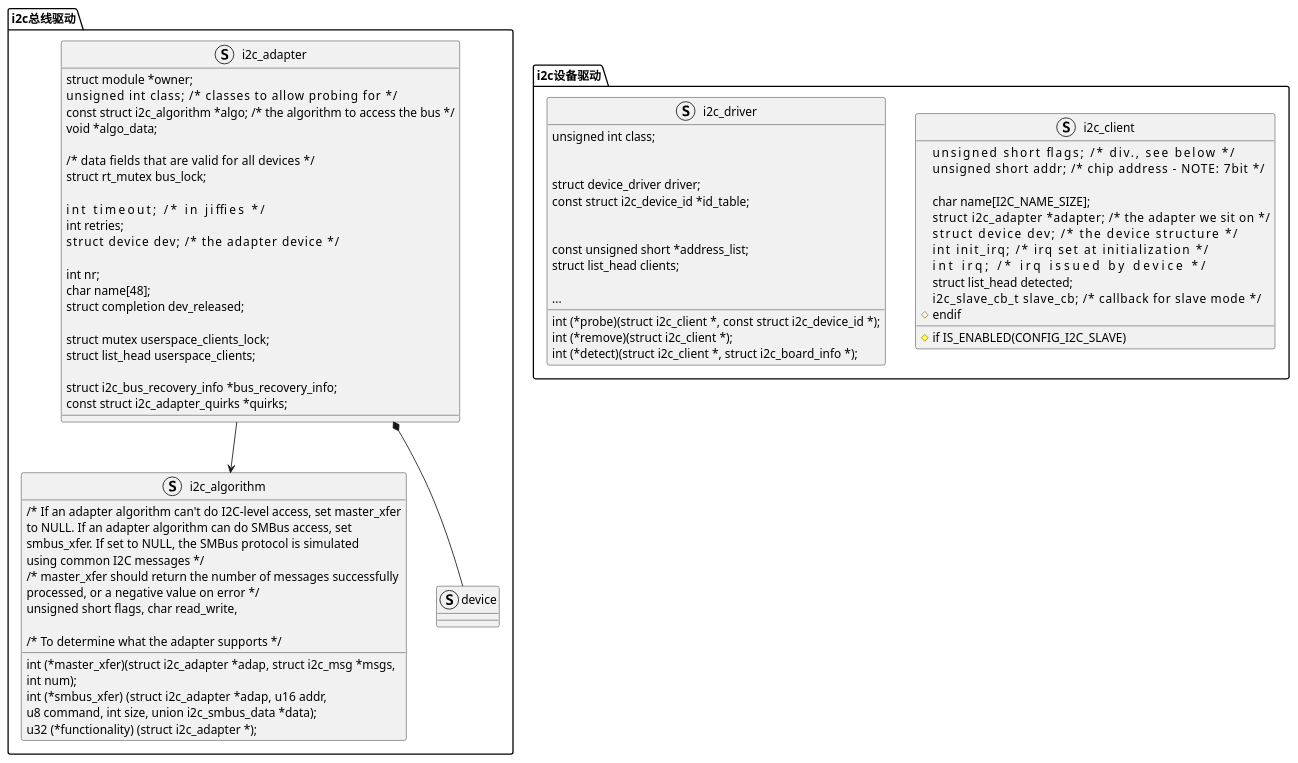
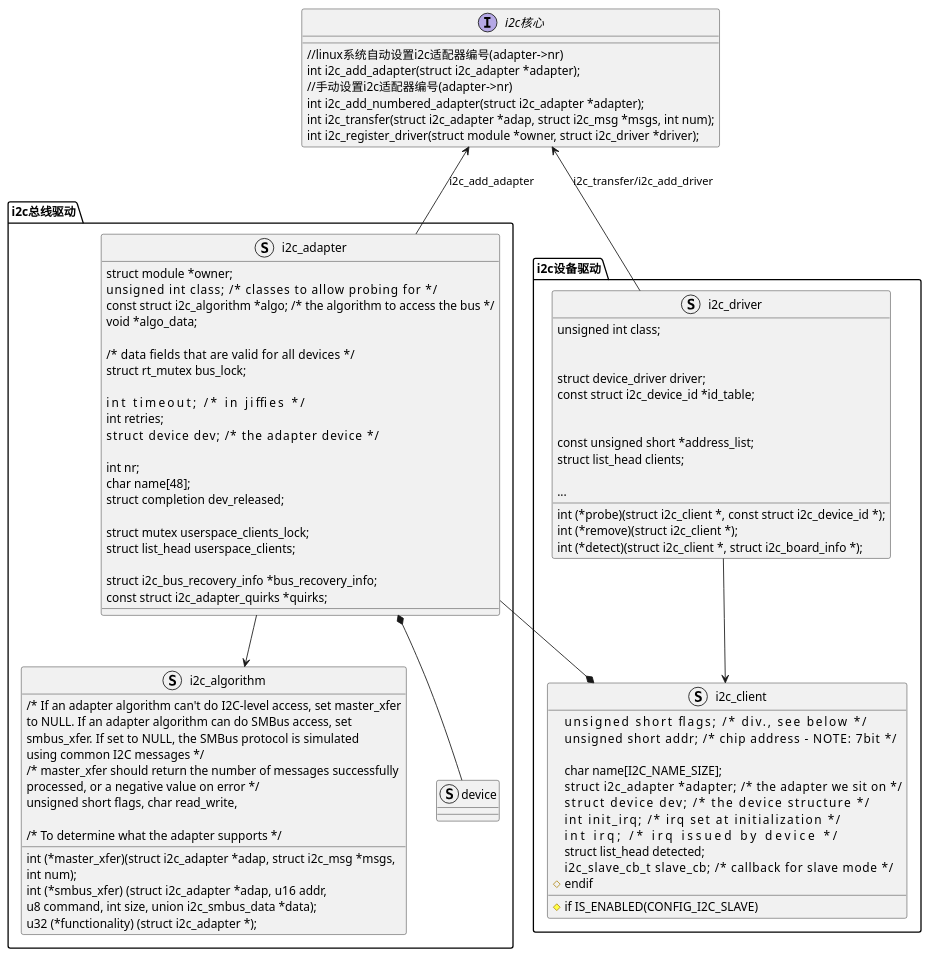
The diagram in doc/总线/1 I2C.md (jingresume/linuxDriver), drawn with PlantUML before and after one commit. The commit also changed other lines of this file and 14 other files, not shown here.

````diff
--- a/doc/总线/1 I2C.md
+++ b/doc/总线/1 I2C.md
@@ -5,5 +5,15 @@
 ```plantuml
 @startuml I2C
+
+interface i2c核心
+{
+    //linux系统自动设置i2c适配器编号(adapter->nr)
+    int i2c_add_adapter(struct i2c_adapter *adapter);
+    //手动设置i2c适配器编号(adapter->nr)
+    int i2c_add_numbered_adapter(struct i2c_adapter *adapter);
+    int i2c_transfer(struct i2c_adapter *adap, struct i2c_msg *msgs, int num);
+    int i2c_register_driver(struct module *owner, struct i2c_driver *driver);
+}
 
 package i2c总线驱动
 {
@@ -58,6 +68,8 @@
 
 i2c_adapter *-- device
 i2c_adapter --> i2c_algorithm
+i2c_adapter -up-> i2c核心 : i2c_add_adapter
+
 
 }
 
@@ -96,7 +108,9 @@
     }
 }
 
-
+i2c_adapter --* i2c_client
+i2c_driver --> i2c_client
+i2c_driver -up-> i2c核心 : i2c_transfer/i2c_add_driver
 
 @enduml
 ```
````
